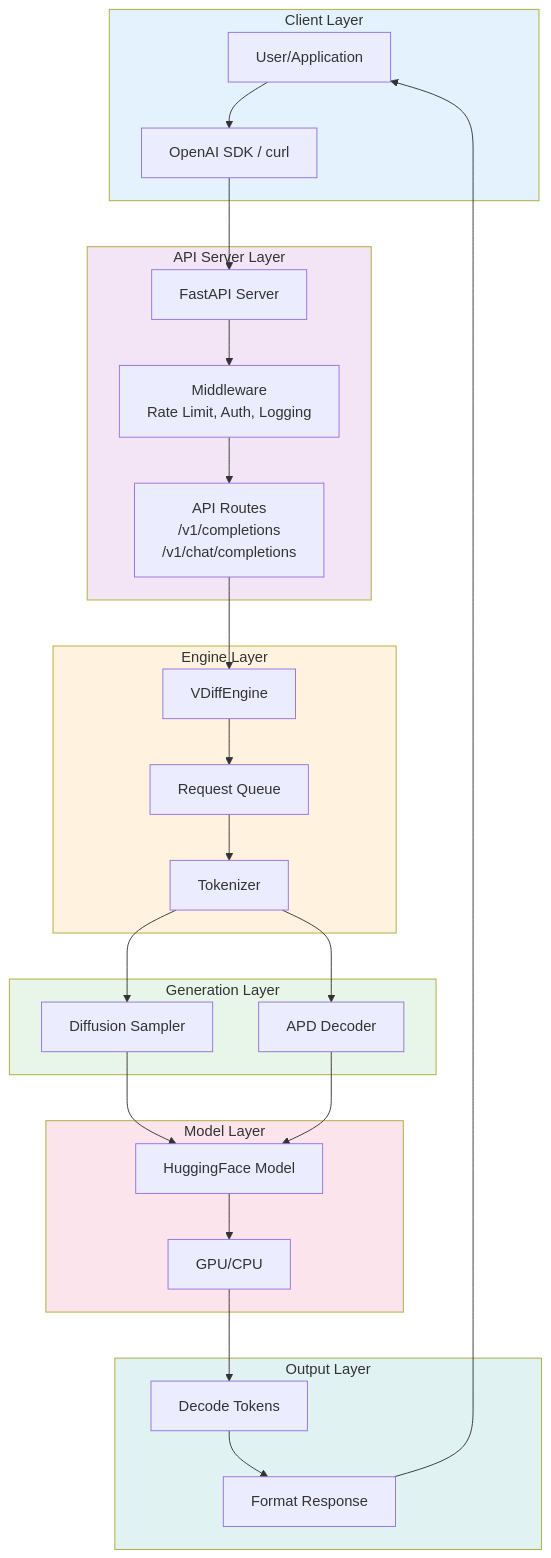
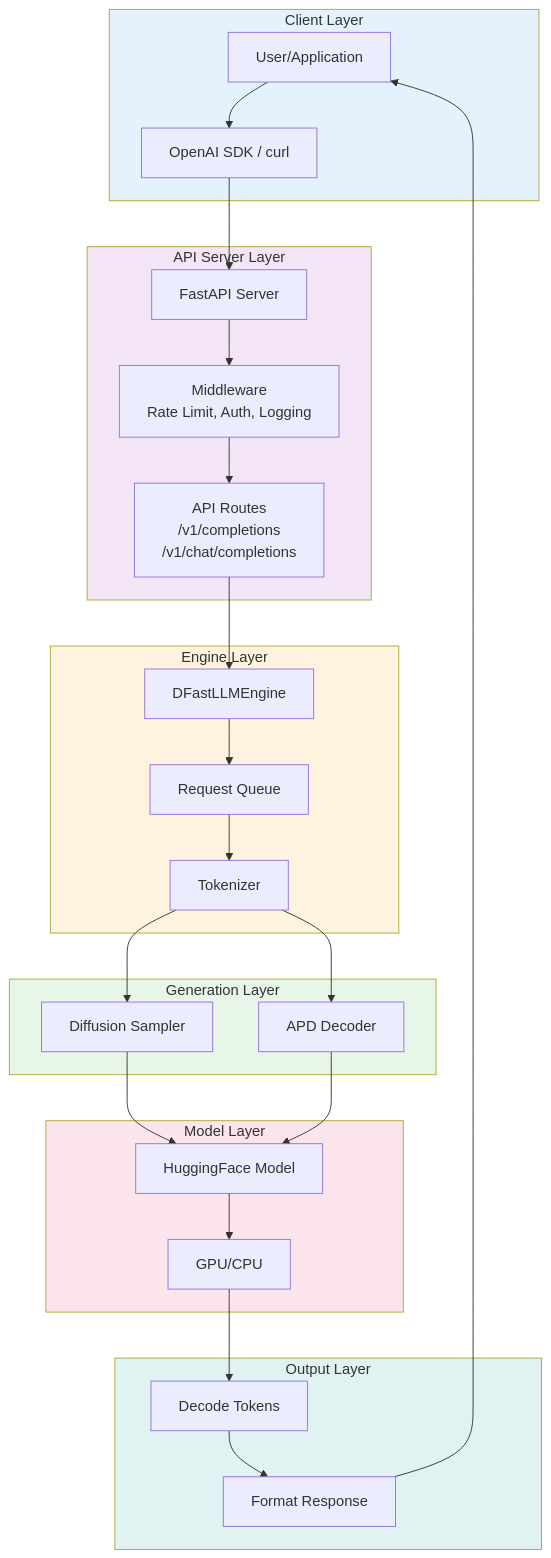
Before and after one commit to mwaykole/vdiff: the third of 3 diagrams in docs/dev-doc/index.md, drawn with Mermaid. The commit also changed other lines of this file and 53 other files, not shown here.

````diff
--- a/docs/dev-doc/index.md
+++ b/docs/dev-doc/index.md
@@ -87,57 +87,57 @@
 ```mermaid
 flowchart TB
     subgraph Client["Client Layer"]
         USER[User/Application]
         SDK[OpenAI SDK / curl]
     end
     
     subgraph Server["API Server Layer"]
         FASTAPI[FastAPI Server]
         MIDDLEWARE[Middleware<br/>Rate Limit, Auth, Logging]
         ROUTES[API Routes<br/>/v1/completions<br/>/v1/chat/completions]
     end
     
     subgraph Engine["Engine Layer"]
-        VDIFF[VDiffEngine]
+        VDIFF[DFastLLMEngine]
         QUEUE[Request Queue]
         TOKENIZER[Tokenizer]
     end
     
     subgraph Generation["Generation Layer"]
         DIFFUSION[Diffusion Sampler]
         APD[APD Decoder]
     end
     
     subgraph Model["Model Layer"]
         HF[HuggingFace Model]
         GPU[GPU/CPU]
     end
     
     subgraph Output["Output Layer"]
         DECODE[Decode Tokens]
         RESPONSE[Format Response]
     end
     
     USER --> SDK
     SDK --> FASTAPI
     FASTAPI --> MIDDLEWARE
     MIDDLEWARE --> ROUTES
     ROUTES --> VDIFF
     VDIFF --> QUEUE
     QUEUE --> TOKENIZER
     TOKENIZER --> DIFFUSION
     TOKENIZER --> APD
     DIFFUSION --> HF
     APD --> HF
     HF --> GPU
     GPU --> DECODE
     DECODE --> RESPONSE
     RESPONSE --> USER
     
     style Client fill:#e3f2fd
     style Server fill:#f3e5f5
     style Engine fill:#fff3e0
     style Generation fill:#e8f5e9
     style Model fill:#fce4ec
     style Output fill:#e0f2f1
 ```
````
